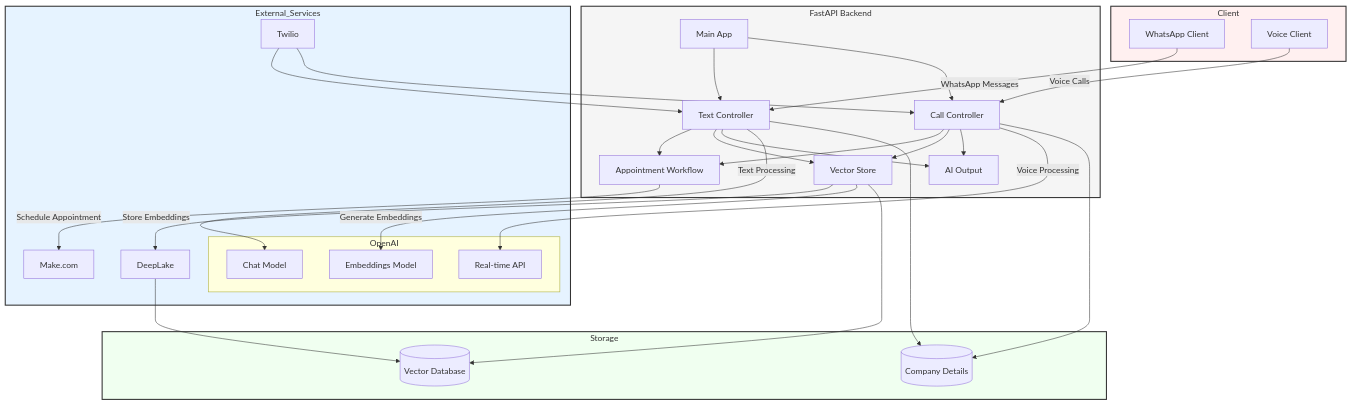
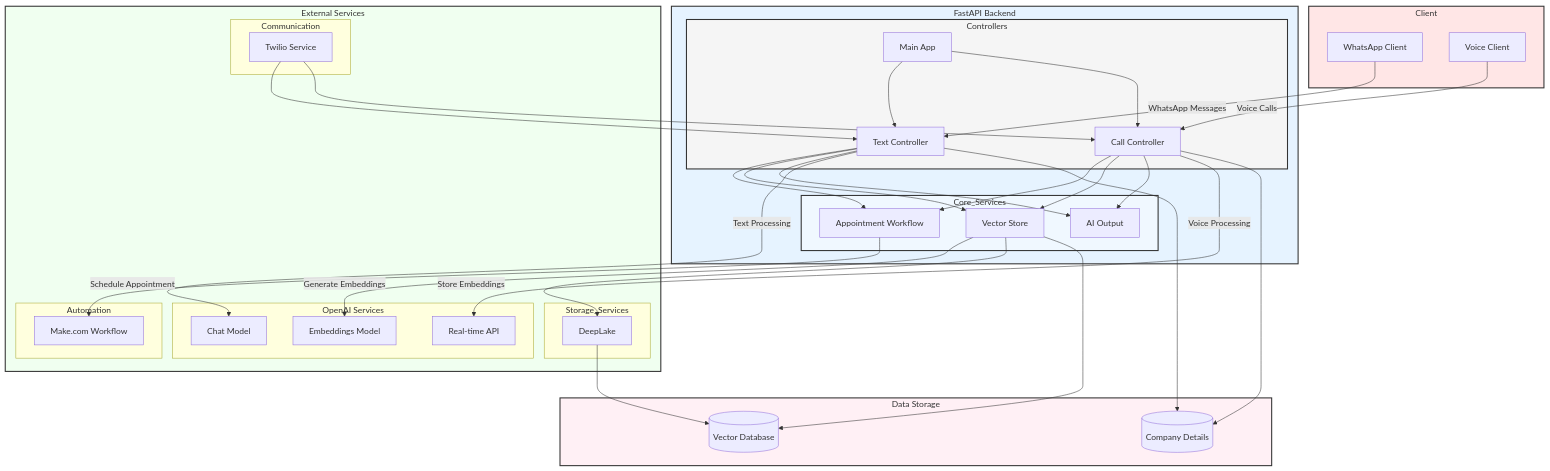
One commit to hrithikkoduri/ConvoPro changed the diagram in readme.md. Above: the diagram before and after it, drawn with Mermaid.

````diff
--- a/readme.md
+++ b/readme.md
@@ -61,15 +61,23 @@
         end
 
         subgraph FastAPI_Backend["FastAPI Backend"]
-            MA[Main App]
-            TC[Text Controller]
-            CC[Call Controller]
-            AW[Appointment Workflow]
-            VS[Vector Store]
-            AI[AI Output]
+            subgraph Controllers
+                MA[Main App]
+                TC[Text Controller]
+                CC[Call Controller]
+            end
             
+            subgraph Core_Services
+                AW[Appointment Workflow]
+                VS[Vector Store]
+                AI[AI Output]
+            end
+            
+            %% Controller connections
             MA --> TC
             MA --> CC
+            
+            %% Service connections
             TC --> AW
             CC --> AW
             TC --> VS
@@ -78,33 +86,43 @@
             CC --> AI
         end
 
-        subgraph External_Services
-            subgraph OpenAI
+        subgraph External_Services["External Services"]
+            subgraph OpenAI["OpenAI Services"]
                 CM[Chat Model]
                 EM[Embeddings Model]
                 RT[Real-time API]
             end
             
-            TW[Twilio]
-            DL[DeepLake]
-            MK[Make.com]
+            subgraph Communication
+                TW[Twilio Service]
+            end
+            
+            subgraph Storage_Services
+                DL[DeepLake]
+            end
+            
+            subgraph Automation
+                MK[Make.com Workflow]
+            end
         end
 
-        subgraph Storage
+        subgraph Data_Storage["Data Storage"]
             VDB[(Vector Database)]
             CD[(Company Details)]
         end
 
         %% Client to Backend connections
-        WA --> |WhatsApp Messages| TC
-        VC --> |Voice Calls| CC
+        WA -->|WhatsApp Messages| TC
+        VC -->|Voice Calls| CC
 
-        %% Backend to External Services
-        TC --> |Text Processing| CM
-        CC --> |Voice Processing| RT
-        VS --> |Store Embeddings| DL
-        VS --> |Generate Embeddings| EM
-        AW --> |Schedule Appointment| MK
+        %% Backend to OpenAI
+        TC -->|Text Processing| CM
+        CC -->|Voice Processing| RT
+        VS -->|Generate Embeddings| EM
+        
+        %% Backend to Other Services
+        VS -->|Store Embeddings| DL
+        AW -->|Schedule Appointment| MK
         
         %% Storage connections
         VS --> VDB
@@ -116,8 +134,18 @@
         TW --> CC
         DL --> VDB
 
-        style FastAPI_Backend fill:#f5f5f5,stroke:#333,stroke-width:2px
-        style External_Services fill:#e6f3ff,stroke:#333,stroke-width:2px
-        style Storage fill:#f0fff0,stroke:#333,stroke-width:2px
-        style Client fill:#fff0f0,stroke:#333,stroke-width:2px
+        %% Styling
+        classDef clientStyle fill:#ffe6e6,stroke:#333,stroke-width:2px
+        classDef backendStyle fill:#e6f3ff,stroke:#333,stroke-width:2px
+        classDef externalStyle fill:#f0fff0,stroke:#333,stroke-width:2px
+        classDef storageStyle fill:#fff0f5,stroke:#333,stroke-width:2px
+        classDef controllerStyle fill:#f5f5f5,stroke:#333,stroke-width:2px
+        classDef serviceStyle fill:#f0f8ff,stroke:#333,stroke-width:2px
+
+        class Client clientStyle
+        class FastAPI_Backend backendStyle
+        class External_Services externalStyle
+        class Data_Storage storageStyle
+        class Controllers controllerStyle
+        class Core_Services serviceStyle
 ```
````
